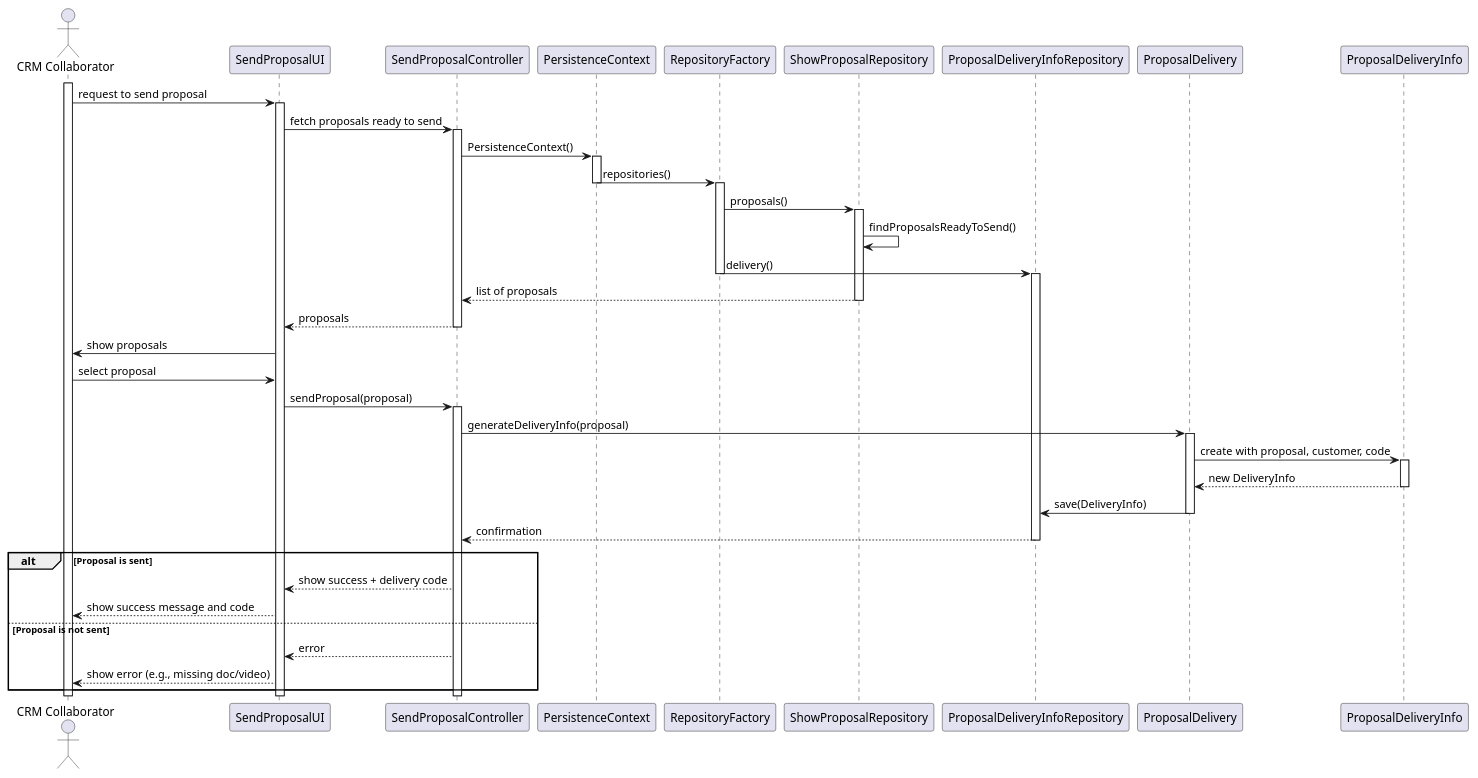
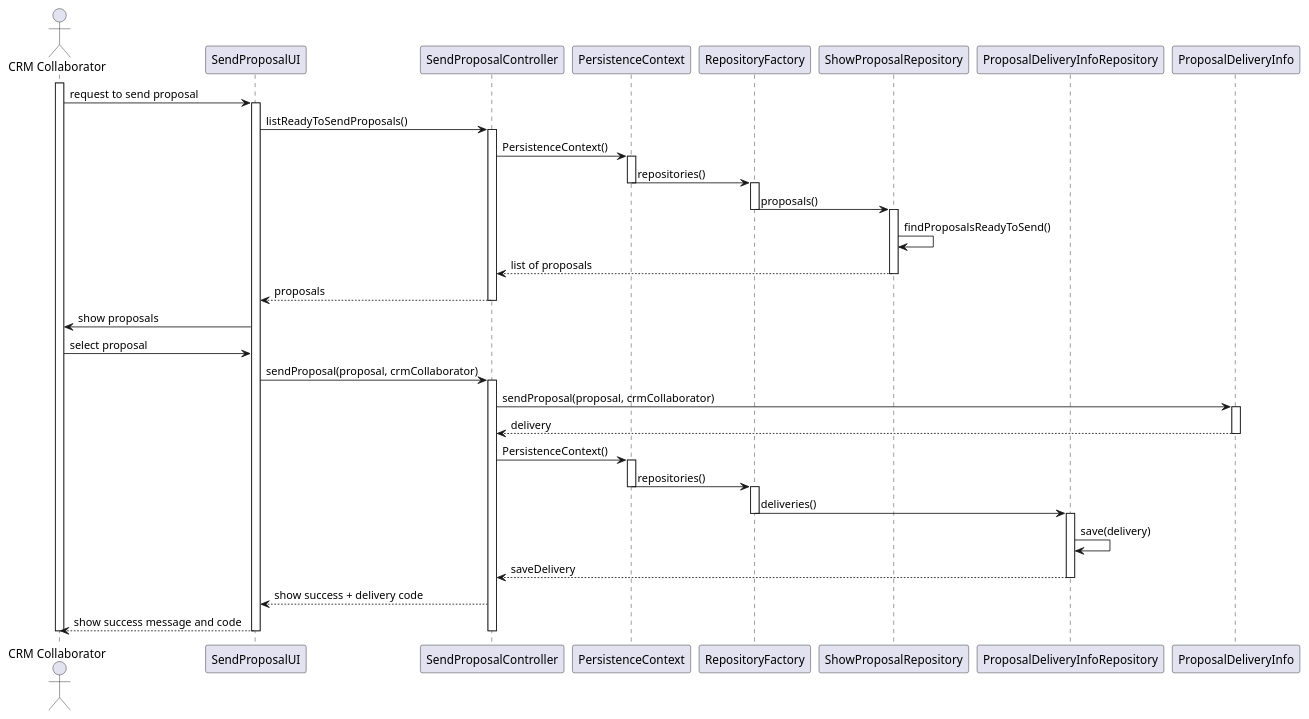
Before and after one commit to diogoveirospro/sem4pi-2024-2025-sem4pi_2024_2025_g44: the diagram in docs/SPRINT_3/US316/puml/sequence_diagram_us316.puml, drawn with PlantUML. The commit also changed 25 other files, not shown here.

```diff
--- a/docs/SPRINT_3/US316/puml/sequence_diagram_us316.puml
+++ b/docs/SPRINT_3/US316/puml/sequence_diagram_us316.puml
@@ -1,76 +1,72 @@
 @startuml
 actor "CRM Collaborator" as User
 participant "SendProposalUI" as UI
 participant "SendProposalController" as Controller
 participant "PersistenceContext" as Persistence
 participant "RepositoryFactory" as Factory
 participant "ShowProposalRepository" as ProposalRepo
 participant "ProposalDeliveryInfoRepository" as DeliveryRepo
-participant "ProposalDelivery" as DeliveryService
 participant "ProposalDeliveryInfo" as DeliveryInfo
 
 activate User
 
 User -> UI : request to send proposal
 activate UI
 
-UI -> Controller : fetch proposals ready to send
+UI -> Controller : listReadyToSendProposals()
 activate Controller
 
 Controller -> Persistence : PersistenceContext()
 activate Persistence
 
 Persistence -> Factory : repositories()
 deactivate Persistence
 
 activate Factory
 Factory -> ProposalRepo : proposals()
+deactivate Factory
 activate ProposalRepo
 
 ProposalRepo -> ProposalRepo : findProposalsReadyToSend()
-Factory -> DeliveryRepo : delivery()
-deactivate Factory
-activate DeliveryRepo
-
-deactivate DeliveryRepo
-deactivate DeliveryRepo
-
 
 ProposalRepo --> Controller : list of proposals
 deactivate ProposalRepo
 
 Controller --> UI : proposals
 deactivate Controller
 
 UI -> User : show proposals
 User -> UI : select proposal
 
-UI -> Controller : sendProposal(proposal)
+UI -> Controller : sendProposal(proposal, crmCollaborator)
 activate Controller
 
-Controller -> DeliveryService : generateDeliveryInfo(proposal)
-activate DeliveryService
+Controller -> DeliveryInfo : sendProposal(proposal, crmCollaborator)
+activate DeliveryInfo
 
-DeliveryService -> DeliveryInfo : create with proposal, customer, code
-activate DeliveryInfo
-DeliveryInfo --> DeliveryService : new DeliveryInfo
+DeliveryInfo --> Controller : delivery
 deactivate DeliveryInfo
 
-DeliveryService -> DeliveryRepo : save(DeliveryInfo)
-deactivate DeliveryService
+Controller -> Persistence : PersistenceContext()
+activate Persistence
 
-DeliveryRepo --> Controller : confirmation
+Persistence -> Factory : repositories()
+deactivate Persistence
+
+activate Factory
+Factory -> DeliveryRepo : deliveries()
+deactivate Factory
+activate DeliveryRepo
+
+DeliveryRepo -> DeliveryRepo : save(delivery)
+
+DeliveryRepo --> Controller : saveDelivery
 deactivate DeliveryRepo
 
-alt Proposal is sent
-    Controller --> UI : show success + delivery code
-    UI --> User : show success message and code
-else Proposal is not sent
-    Controller --> UI : error
-    UI --> User : show error (e.g., missing doc/video)
-end
+Controller --> UI : show success + delivery code
+UI --> User : show success message and code
 
 deactivate Controller
 deactivate UI
 deactivate User
 @enduml
```
